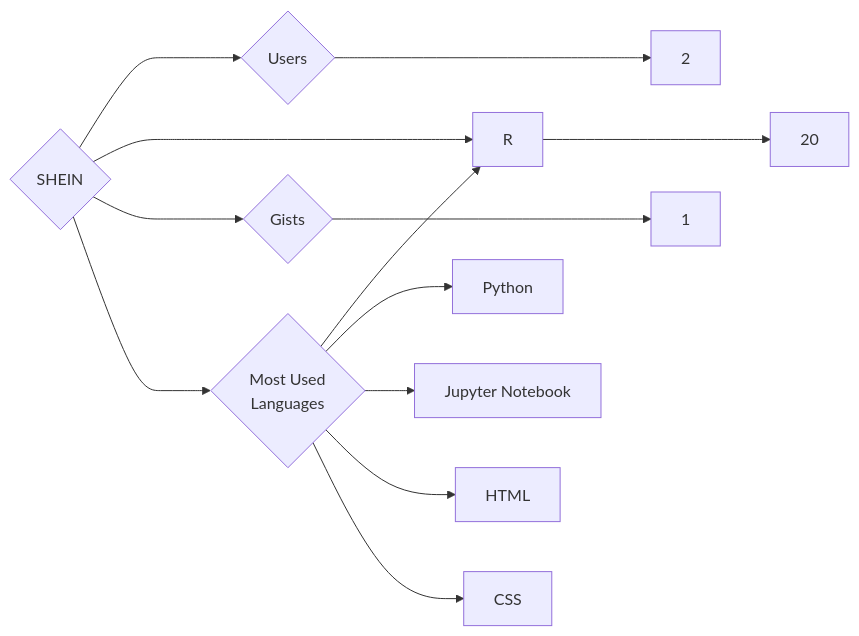
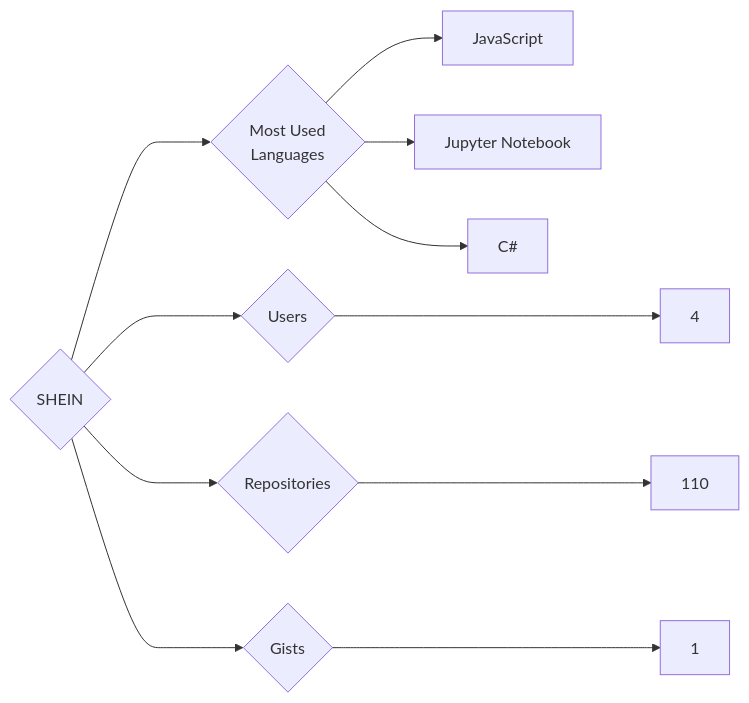
One commit to trickest/insiders changed the diagram in targets/SHEIN/README.md. Above: the diagram before and after it, drawn with Mermaid. The commit also changed 1248 other files, not shown here.

````diff
--- a/targets/SHEIN/README.md
+++ b/targets/SHEIN/README.md
@@ -3,13 +3,11 @@
 ```mermaid
 graph LR
 COMPANY_NAME{SHEIN}
-COMPANY_NAME ---> U{Users} ---> UN[2]
-COMPANY_NAME ---> R{Repositories} ---> RN[20]
+COMPANY_NAME ---> U{Users} ---> UN[4]
+COMPANY_NAME ---> R{Repositories} ---> RN[110]
 COMPANY_NAME ---> G{Gists} ---> GN[1]
 COMPANY_NAME ---> ML{Most Used<br>Languages}
-ML --> R[R]
-ML --> Python[Python]
+ML --> JavaScript[JavaScript]
 ML --> Jupyter_Notebook[Jupyter Notebook]
-ML --> HTML[HTML]
-ML --> CSS[CSS]
+ML --> C#[C#]
 ```
````
